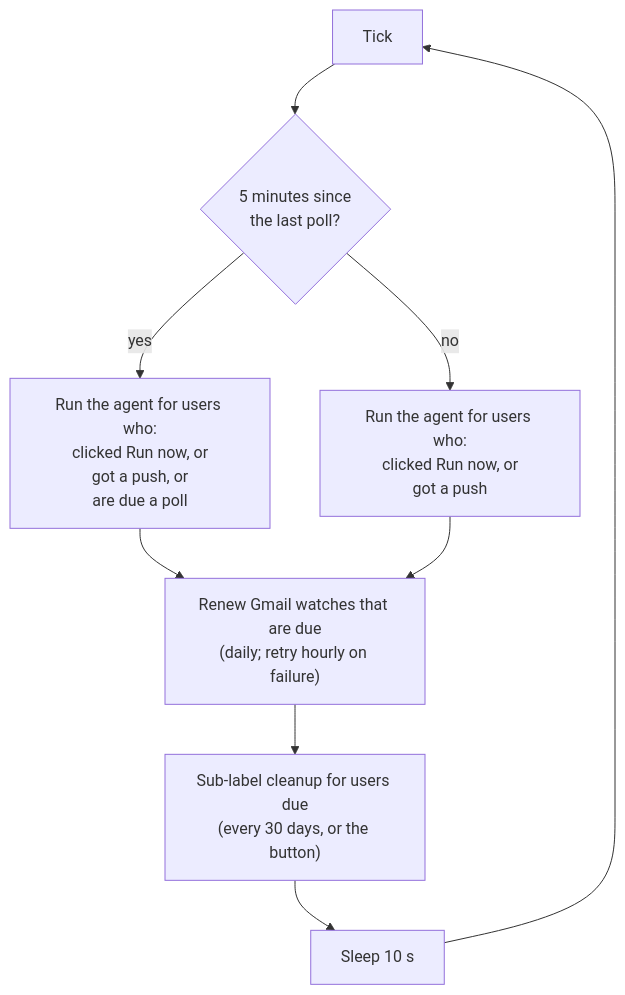
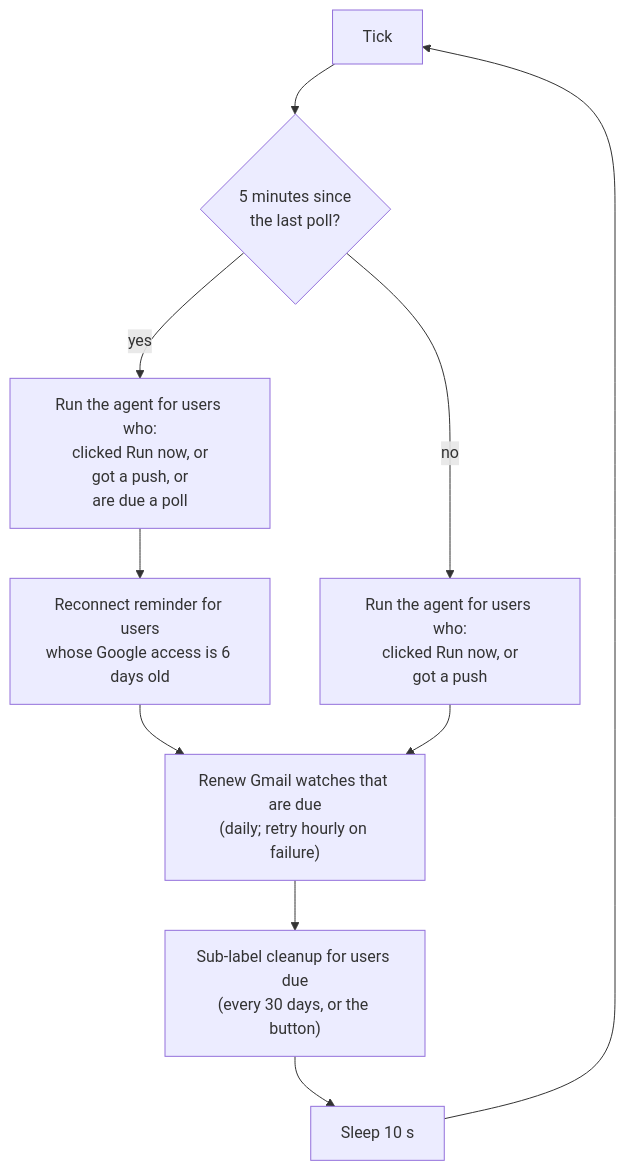
Before and after one commit to Ryancg3/email-agent-hack-2026: the fifth of 8 diagrams in docs/system-design.md, drawn with Mermaid. The commit also changed other lines of this file and 1 other file, not shown here.

First line of the commit message:
Docs: update the README and system design for label sync, evals and the reminder (#31)

````diff
--- a/docs/system-design.md
+++ b/docs/system-design.md
@@ -202,11 +218,12 @@
 ```mermaid
 flowchart TD
     TICK["Tick"] --> DUE{"5 minutes since<br/>the last poll?"}
     DUE -- "yes" --> RUNP["Run the agent for users who:<br/>clicked Run now, or<br/>got a push, or<br/>are due a poll"]
     DUE -- "no" --> RUN["Run the agent for users who:<br/>clicked Run now, or<br/>got a push"]
-    RUNP --> WATCH
+    RUNP --> REM["Reconnect reminder for users<br/>whose Google access is 6 days old"]
+    REM --> WATCH
     RUN --> WATCH
     WATCH["Renew Gmail watches that are due<br/>(daily; retry hourly on failure)"] --> CLEAN
     CLEAN["Sub-label cleanup for users due<br/>(every 30 days, or the button)"] --> SLEEP
     SLEEP["Sleep 10 s"] --> TICK
 ```
````
